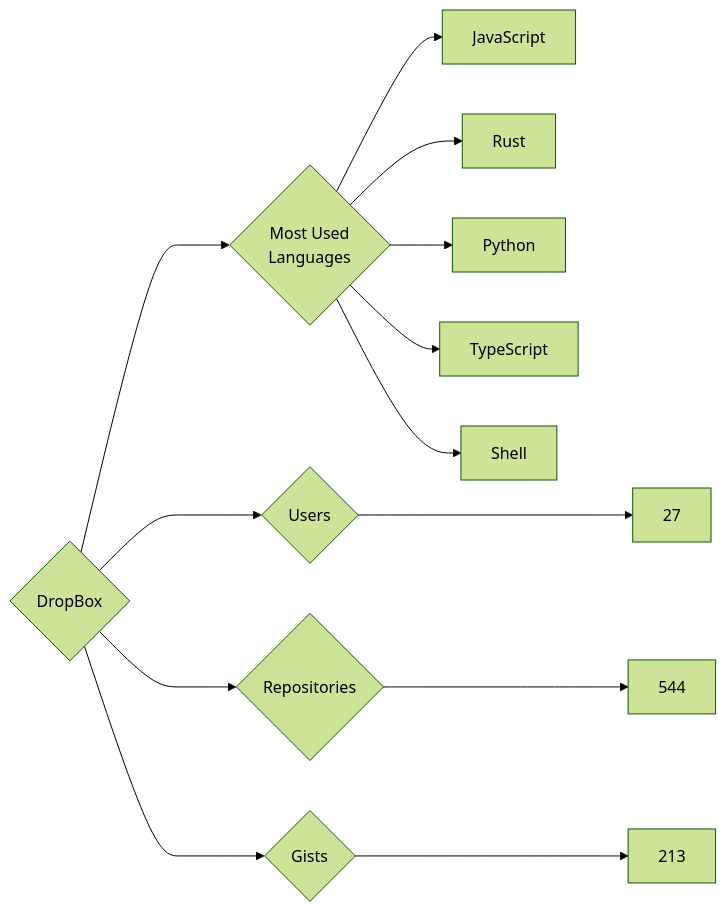
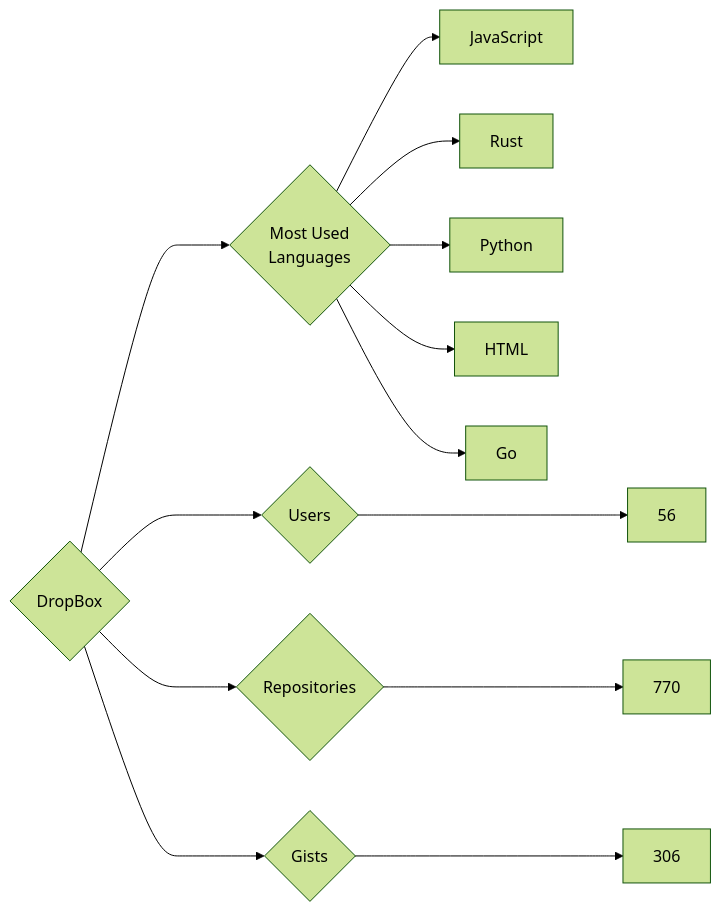
One commit to trickest/insiders changed the diagram in targets/DropBox/README.md. Above: the diagram before and after it, drawn with Mermaid (forest theme). The commit also changed 951 other files, not shown here.

````diff
--- a/targets/DropBox/README.md
+++ b/targets/DropBox/README.md
@@ -3,13 +3,13 @@
 ```mermaid
 graph LR
 COMPANY_NAME{DropBox}
-COMPANY_NAME ---> U{Users} ---> UN[27]
-COMPANY_NAME ---> R{Repositories} ---> RN[544]
-COMPANY_NAME ---> G{Gists} ---> GN[213]
+COMPANY_NAME ---> U{Users} ---> UN[56]
+COMPANY_NAME ---> R{Repositories} ---> RN[770]
+COMPANY_NAME ---> G{Gists} ---> GN[306]
 COMPANY_NAME ---> ML{Most Used<br>Languages}
-ML --> JavaScript
-ML --> Rust
-ML --> Python
-ML --> TypeScript
-ML --> Shell
+ML --> JavaScript[JavaScript]
+ML --> Rust[Rust]
+ML --> Python[Python]
+ML --> HTML[HTML]
+ML --> Go[Go]
 ```
````
